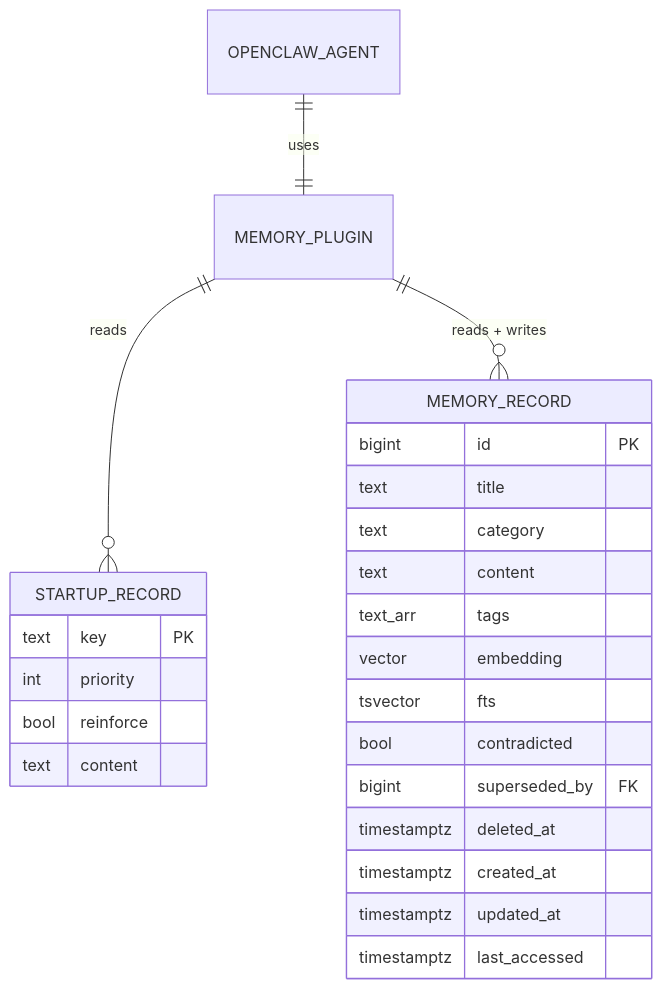
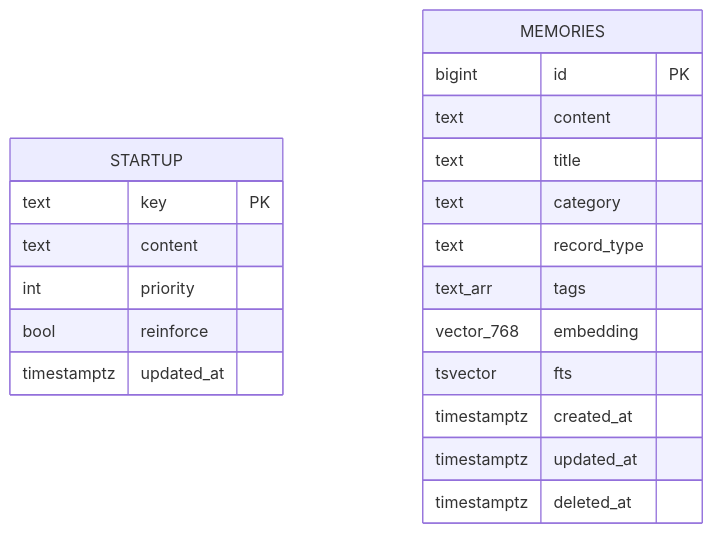
One commit to jamesdwilson/Sh4d0wDB changed the third of 3 diagrams in README.md. Above: the diagram before and after it, drawn with Mermaid. The commit also changed other lines of this file and 6 other files, not shown here.

````diff
--- a/README.md
+++ b/README.md
@@ -219,29 +154,24 @@
 ```mermaid
 erDiagram
-    OPENCLAW_AGENT ||--|| MEMORY_PLUGIN : uses
-    MEMORY_PLUGIN ||--o{ STARTUP_RECORD : reads
-    MEMORY_PLUGIN ||--o{ MEMORY_RECORD : "reads + writes"
-
-    STARTUP_RECORD {
-      text key PK
-      int priority
-      bool reinforce
-      text content
+    STARTUP {
+        text key PK
+        text content
+        int priority
+        bool reinforce
+        timestamptz updated_at
     }
 
-    MEMORY_RECORD {
-      bigint id PK
-      text title
-      text category
-      text content
-      text_arr tags
-      vector embedding
-      tsvector fts
-      bool contradicted
-      bigint superseded_by FK
-      timestamptz deleted_at
-      timestamptz created_at
-      timestamptz updated_at
-      timestamptz last_accessed
+    MEMORIES {
+        bigint id PK
+        text content
+        text title
+        text category
+        text record_type
+        text_arr tags
+        vector_768 embedding
+        tsvector fts
+        timestamptz created_at
+        timestamptz updated_at
+        timestamptz deleted_at
     }
 ```
````
